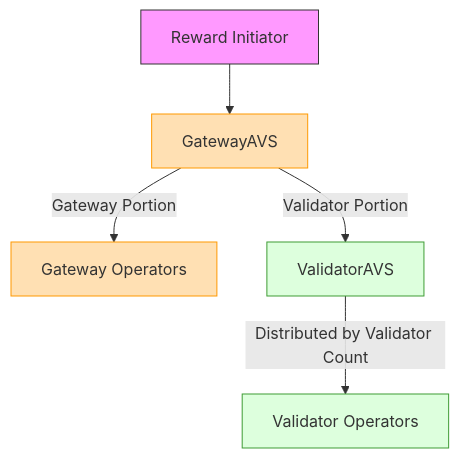
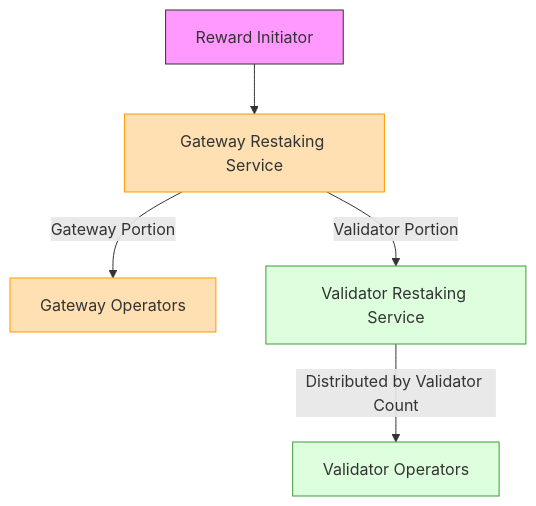
The fourth of 4 diagrams in docs/learn/architecture/on_chain_components/overview.mdx (lu-bann/taiyi), drawn with Mermaid before and after one commit. The commit also changed other lines of this file and 3 other files, not shown here.

````diff
--- a/docs/learn/architecture/on_chain_components/overview.mdx
+++ b/docs/learn/architecture/on_chain_components/overview.mdx
@@ -129,13 +128,13 @@
 ```mermaid
 graph TD
-    RI[Reward Initiator] --> GAVS[GatewayAVS]
+    RI[Reward Initiator] --> GAVS[Gateway Restaking Service]
     GAVS --> |Gateway Portion|GO[Gateway Operators]
-    GAVS --> |Validator Portion|VAVS[ValidatorAVS]
+    GAVS --> |Validator Portion|VAVS[Validator Restaking Service]
     VAVS --> |Distributed by Validator Count|VO[Validator Operators]
     
     style RI fill:#f9f,stroke:#333
     style GAVS fill:#ffe0b3,stroke:#ff9900
     style VAVS fill:#ddffdd,stroke:#3f9c35
     style GO fill:#ffe0b3,stroke:#ff9900
     style VO fill:#ddffdd,stroke:#3f9c35
 ```
````
